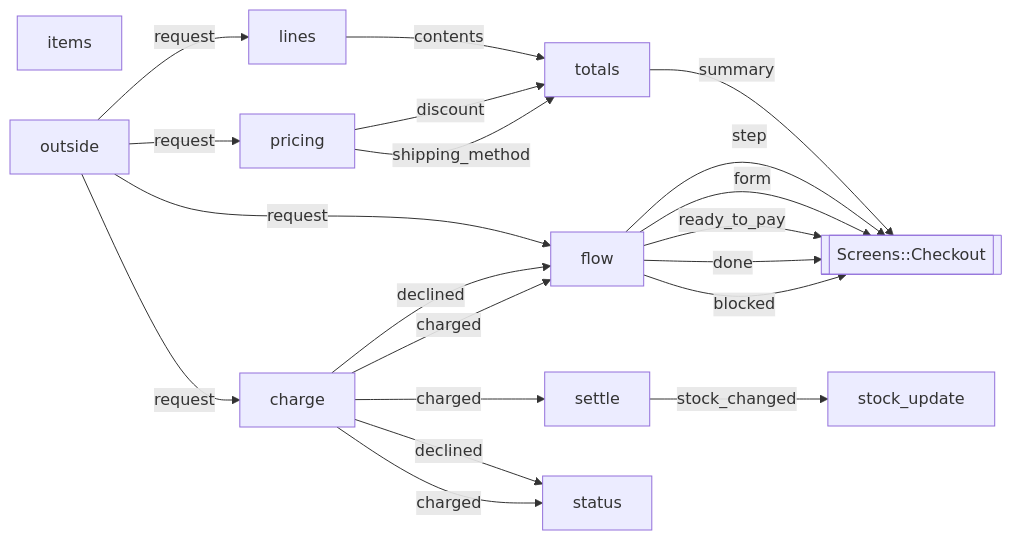
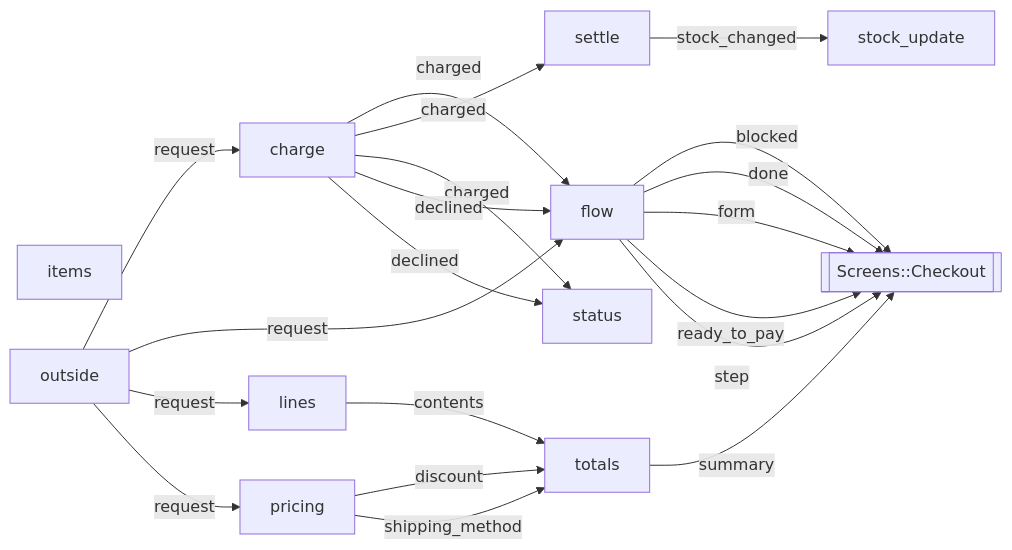
The diagram in v07-plain-features/docs/diagrams/running/checkout.md (modellurgist/ala_variants_ruby), drawn with Mermaid before and after one commit. The commit also changed other lines of this file and 13 other files, not shown here.

Commit message:
chore: more test diagrams

````diff
--- a/v07-plain-features/docs/diagrams/running/checkout.md
+++ b/v07-plain-features/docs/diagrams/running/checkout.md
@@ -3,32 +3,32 @@
 ```mermaid
 flowchart LR
   screen[[Screens::Checkout]]
   lines[lines]
   pricing[pricing]
   totals[totals]
   flow[flow]
   charge[charge]
   settle[settle]
   items[items]
   stock_update[stock_update]
   status[status]
+  outside -- request --> charge
+  outside -- request --> flow
   outside -- request --> lines
+  outside -- request --> pricing
+  charge -- charged --> flow
+  charge -- charged --> settle
+  charge -- charged --> status
+  charge -- declined --> flow
+  charge -- declined --> status
+  flow -- blocked --> screen
+  flow -- done --> screen
+  flow -- form --> screen
+  flow -- ready_to_pay --> screen
+  flow -- step --> screen
   lines -- contents --> totals
-  totals -- summary --> screen
-  outside -- request --> flow
-  flow -- step --> screen
-  outside -- request --> pricing
   pricing -- discount --> totals
   pricing -- shipping_method --> totals
-  flow -- form --> screen
-  flow -- ready_to_pay --> screen
-  outside -- request --> charge
-  charge -- declined --> flow
-  charge -- declined --> status
-  charge -- charged --> settle
   settle -- stock_changed --> stock_update
-  charge -- charged --> flow
-  flow -- done --> screen
-  charge -- charged --> status
-  flow -- blocked --> screen
+  totals -- summary --> screen
 ```
````
